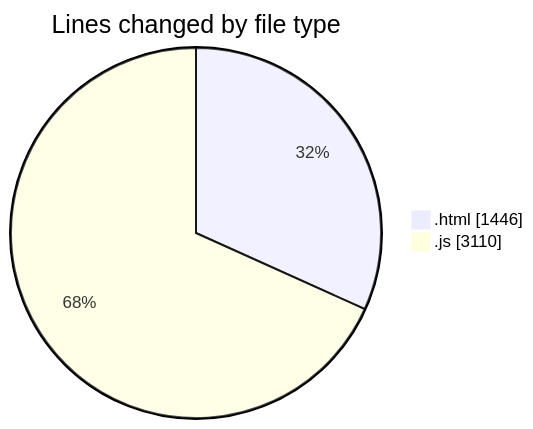
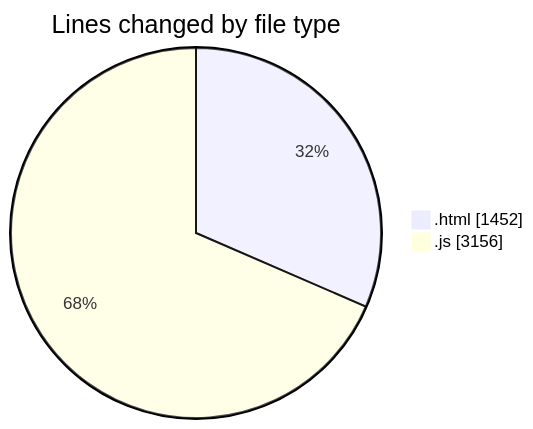
Before and after one commit to becaeroporto-bot/code-tracking: the first of 2 diagrams in 2026-02-19/bot_v1_2/README.md, drawn with Mermaid. The commit also changed other lines of this file and 1 other file, not shown here.

````diff
--- a/2026-02-19/bot_v1_2/README.md
+++ b/2026-02-19/bot_v1_2/README.md
@@ -28,6 +28,6 @@
 ```mermaid
 pie showData
 title Lines changed by file type
-".html" : 1446
-".js" : 3110
+".html" : 1452
+".js" : 3156
 ```
````
